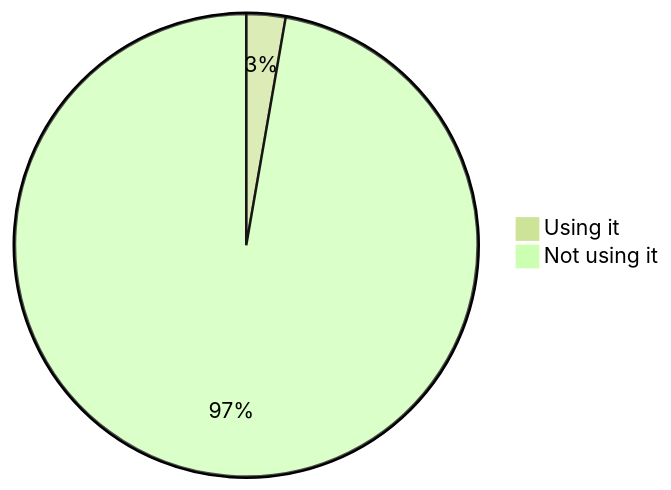
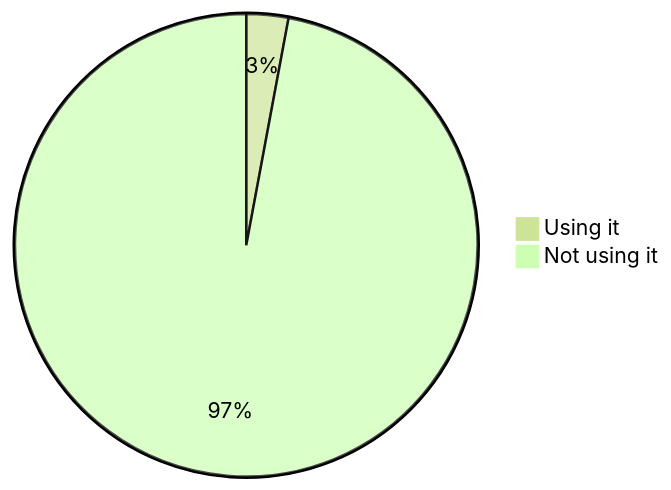
One commit to oshp/oshp-stats changed diagram 17 of 22 in stats.md. Above: the diagram before and after it, drawn with Mermaid (forest theme). The commit also changed other lines of this file, not shown here.

````diff
--- a/stats.md
+++ b/stats.md
@@ -202,6 +202,6 @@
 ```mermaid
 pie
-	"Using it" : 2.73
-	"Not using it" : 97.27
+	"Using it" : 2.93
+	"Not using it" : 97.07
 
 ```
````
